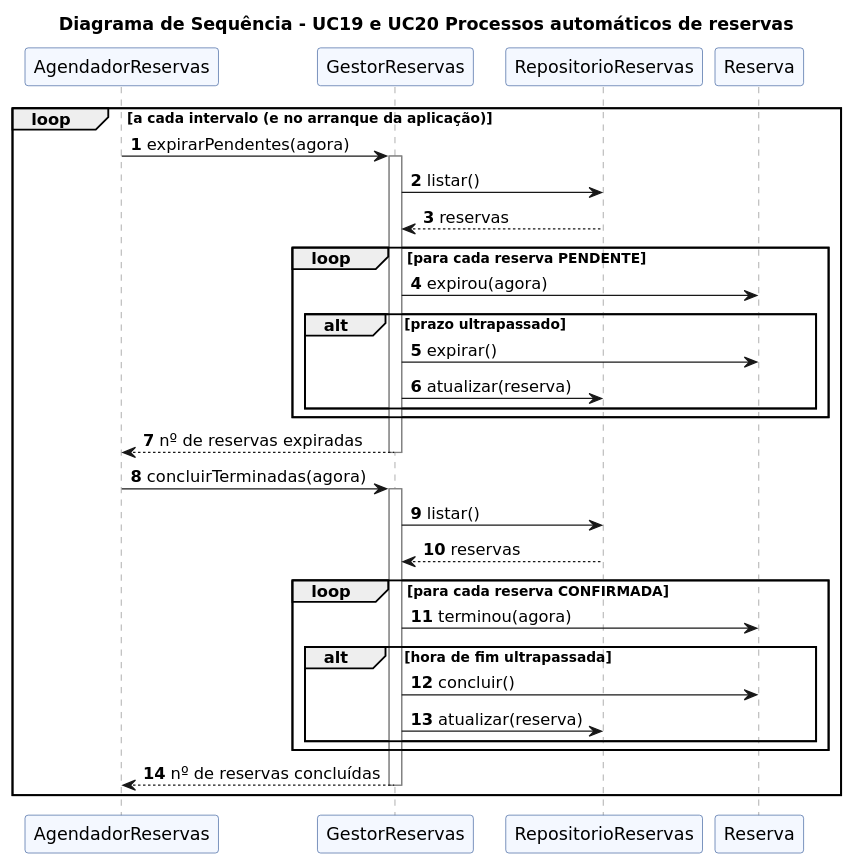
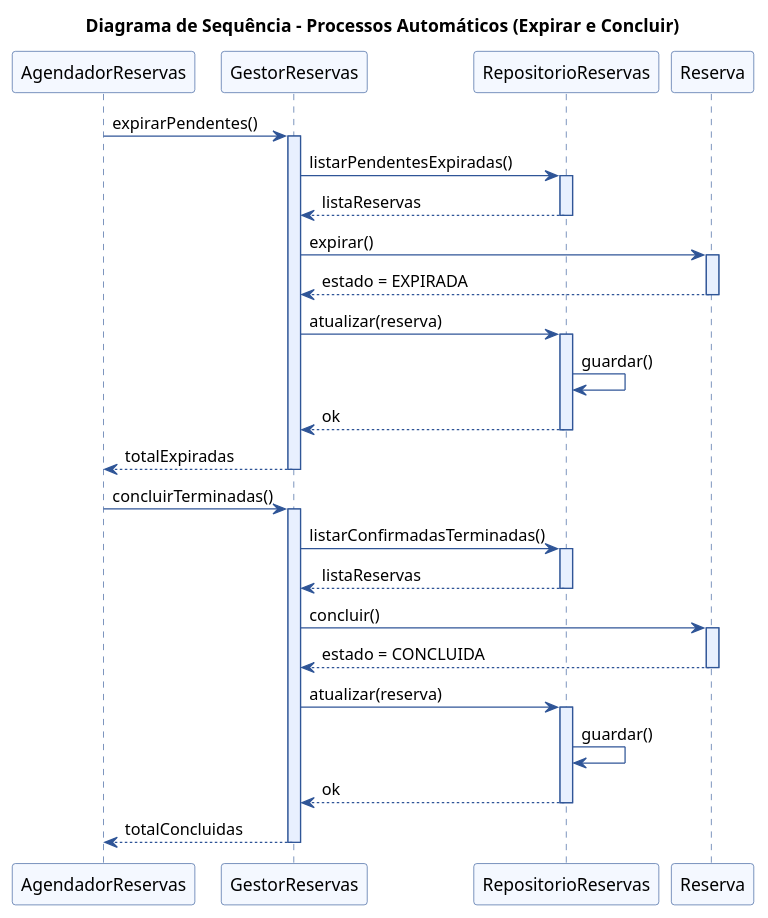
One commit to SilvaCDC297/ProjetoPOO changed the diagram in DA_JS_LP/E1/10_sequencia_expirar_pendentes.puml. Above: the diagram before and after it, drawn with PlantUML. The commit also changed 16 other files, not shown here.

```diff
--- a/DA_JS_LP/E1/10_sequencia_expirar_pendentes.puml
+++ b/DA_JS_LP/E1/10_sequencia_expirar_pendentes.puml
@@ -1,46 +1,63 @@
 @startuml
-title Diagrama de Sequência – UC19 e UC20 Processos automáticos de reservas
+title Diagrama de Sequência – Processos Automáticos (Expirar e Concluir)
 skinparam shadowing false
-skinparam defaultFontName DejaVu Sans
+skinparam defaultFontName "Segoe UI"
 skinparam sequence {
   ParticipantBackgroundColor #F4F8FF
   ParticipantBorderColor #2F5597
   ActorBorderColor #2F5597
-  LifeLineBorderColor #7F7F7F
+  LifeLineBorderColor #2F5597
+  LifeLineBackgroundColor #E8F0FE
+  ArrowColor #2F5597
 }
-autonumber
+
 participant AgendadorReservas
 participant GestorReservas
 participant RepositorioReservas
 participant Reserva
 
-loop a cada intervalo (e no arranque da aplicação)
-  AgendadorReservas -> GestorReservas : expirarPendentes(agora)
-  activate GestorReservas
-  GestorReservas -> RepositorioReservas : listar()
-  RepositorioReservas --> GestorReservas : reservas
-  loop para cada reserva PENDENTE
-    GestorReservas -> Reserva : expirou(agora)
-    alt prazo ultrapassado
-      GestorReservas -> Reserva : expirar()
-      GestorReservas -> RepositorioReservas : atualizar(reserva)
-    end
-  end
-  GestorReservas --> AgendadorReservas : nº de reservas expiradas
-  deactivate GestorReservas
+AgendadorReservas -> GestorReservas : expirarPendentes()
+activate GestorReservas
 
-  AgendadorReservas -> GestorReservas : concluirTerminadas(agora)
-  activate GestorReservas
-  GestorReservas -> RepositorioReservas : listar()
-  RepositorioReservas --> GestorReservas : reservas
-  loop para cada reserva CONFIRMADA
-    GestorReservas -> Reserva : terminou(agora)
-    alt hora de fim ultrapassada
-      GestorReservas -> Reserva : concluir()
-      GestorReservas -> RepositorioReservas : atualizar(reserva)
-    end
-  end
-  GestorReservas --> AgendadorReservas : nº de reservas concluídas
-  deactivate GestorReservas
-end
+GestorReservas -> RepositorioReservas : listarPendentesExpiradas()
+activate RepositorioReservas
+RepositorioReservas --> GestorReservas : listaReservas
+deactivate RepositorioReservas
+
+GestorReservas -> Reserva : expirar()
+activate Reserva
+Reserva --> GestorReservas : estado = EXPIRADA
+deactivate Reserva
+
+GestorReservas -> RepositorioReservas : atualizar(reserva)
+activate RepositorioReservas
+RepositorioReservas -> RepositorioReservas : guardar()
+RepositorioReservas --> GestorReservas : ok
+deactivate RepositorioReservas
+
+GestorReservas --> AgendadorReservas : totalExpiradas
+deactivate GestorReservas
+
+AgendadorReservas -> GestorReservas : concluirTerminadas()
+activate GestorReservas
+
+GestorReservas -> RepositorioReservas : listarConfirmadasTerminadas()
+activate RepositorioReservas
+RepositorioReservas --> GestorReservas : listaReservas
+deactivate RepositorioReservas
+
+GestorReservas -> Reserva : concluir()
+activate Reserva
+Reserva --> GestorReservas : estado = CONCLUIDA
+deactivate Reserva
+
+GestorReservas -> RepositorioReservas : atualizar(reserva)
+activate RepositorioReservas
+RepositorioReservas -> RepositorioReservas : guardar()
+RepositorioReservas --> GestorReservas : ok
+deactivate RepositorioReservas
+
+GestorReservas --> AgendadorReservas : totalConcluidas
+deactivate GestorReservas
+
 @enduml
```
